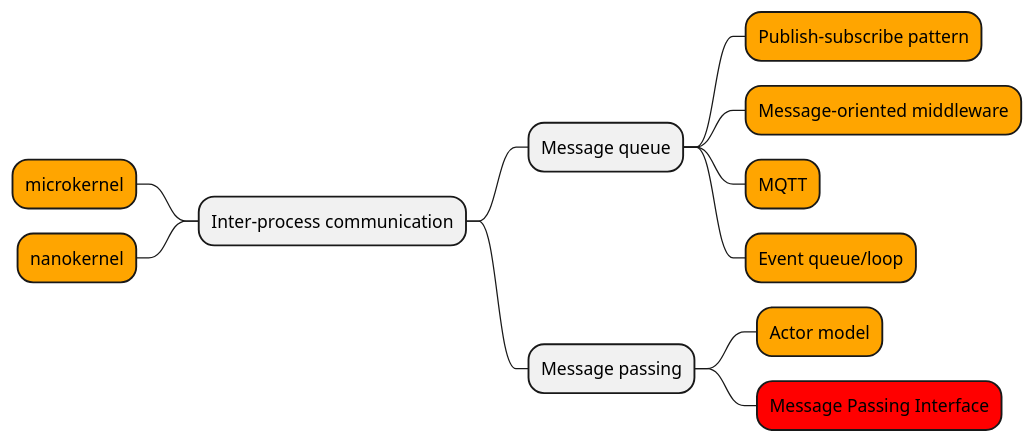
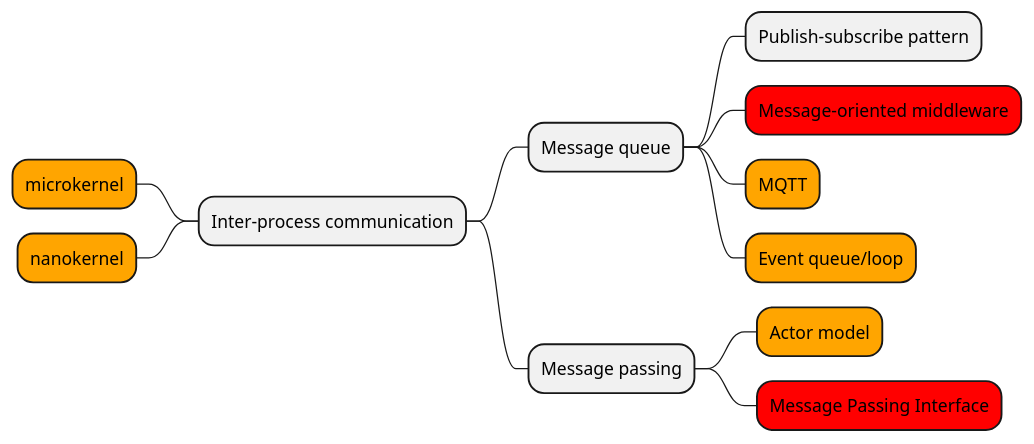
One commit to renemoll/wiki changed the diagram in programming/embedded/project/message-passing.md. Above: the diagram before and after it, drawn with PlantUML. The commit also changed other lines of this file, not shown here.

Commit message:
docs: update programming/embedded/project/message-passing

````diff
--- a/programming/embedded/project/message-passing.md
+++ b/programming/embedded/project/message-passing.md
@@ -15,15 +15,15 @@
 ```plantuml
 @startmindmap
 + Inter-process communication
 --[#Orange] microkernel
 --[#Orange] nanokernel
 ++ Message queue
-+++[#Orange] Publish–subscribe pattern
-+++[#Orange] Message-oriented middleware
++++ Publish–subscribe pattern
++++[#Red] Message-oriented middleware
 +++[#Orange] MQTT
 +++[#Orange] Event queue/loop
 ++ Message passing
 +++[#Orange] Actor model
 +++[#Red] Message Passing Interface
 @endmindmap
 ```
````
